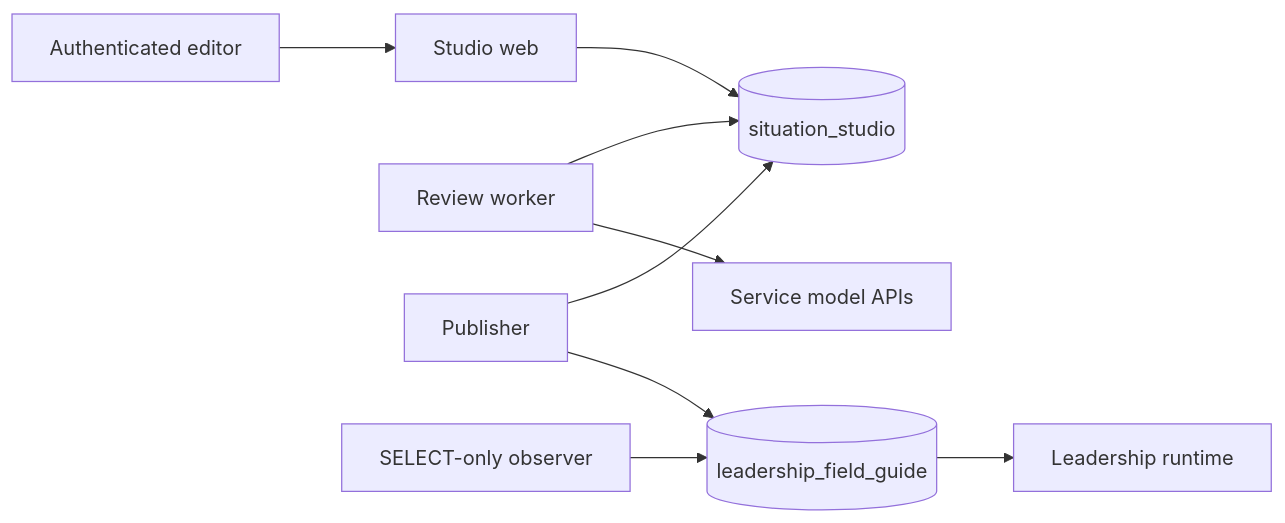
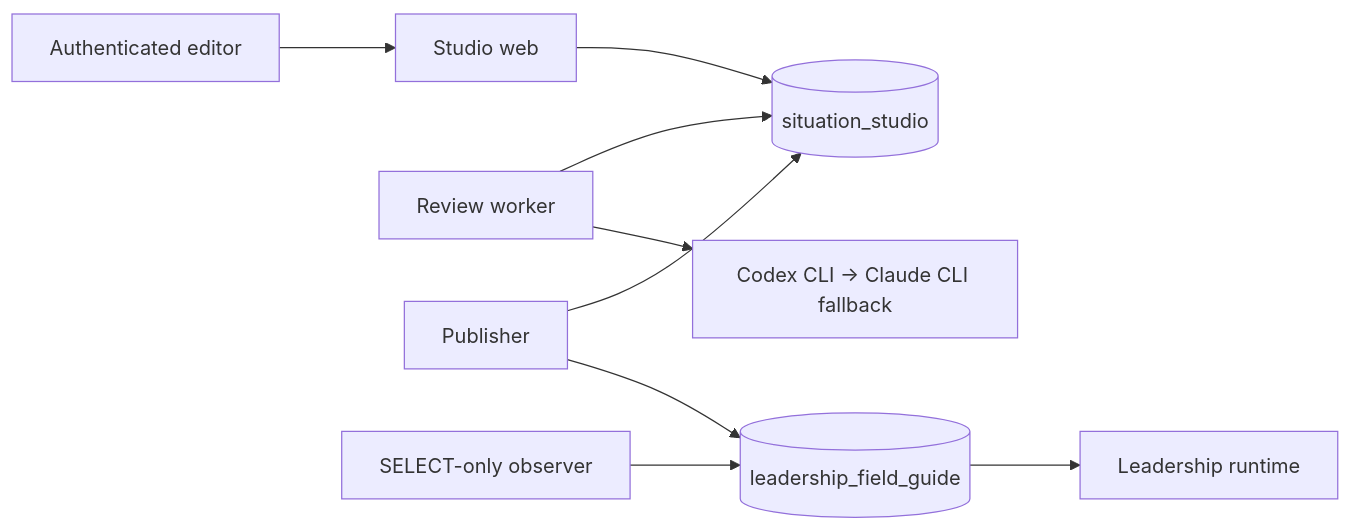
Before and after one commit to tbreeding/situation-studio: the diagram in docs/architecture.md, drawn with Mermaid. The commit also changed other lines of this file and 25 other files, not shown here.

Commit message:
feat: use subscription CLI review providers

````diff
--- a/docs/architecture.md
+++ b/docs/architecture.md
@@ -7,11 +7,11 @@
 ```mermaid
 flowchart LR
   Browser["Authenticated editor"] --> Web["Studio web"]
   Web --> Studio[("situation_studio")]
   Review["Review worker"] --> Studio
-  Review --> Providers["Service model APIs"]
+  Review --> Providers["Codex CLI → Claude CLI fallback"]
   Publisher["Publisher"] --> Studio
   Observer["SELECT-only observer"] --> Leadership[("leadership_field_guide")]
   Publisher --> Leadership
   Leadership --> Runtime["Leadership runtime"]
 ```
````
